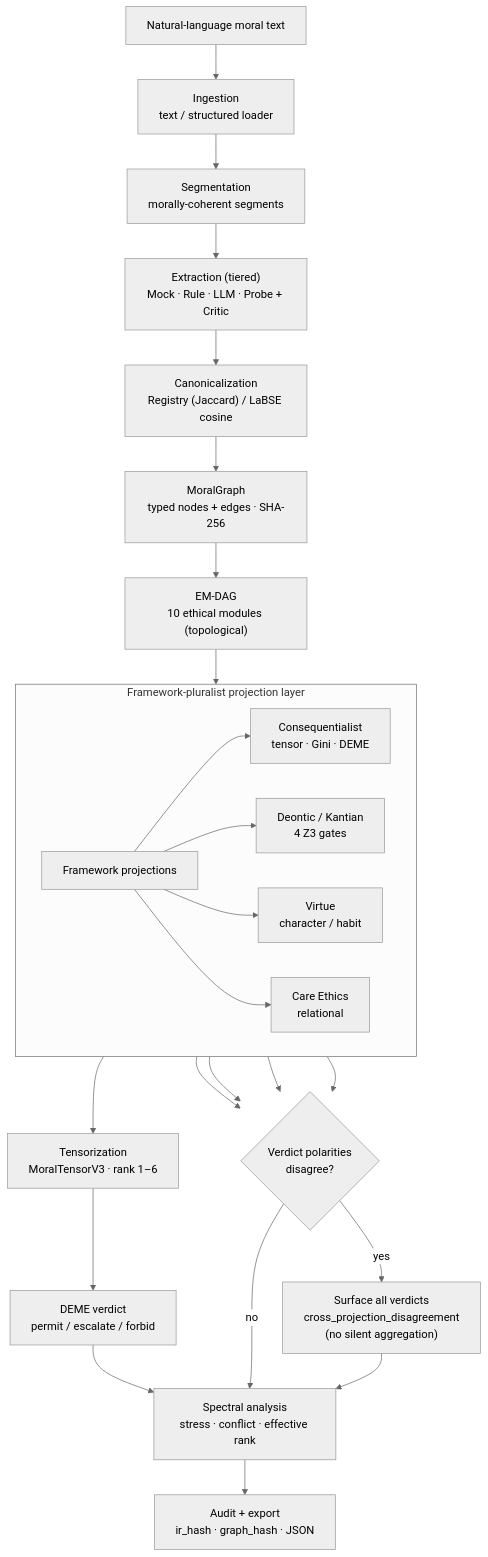
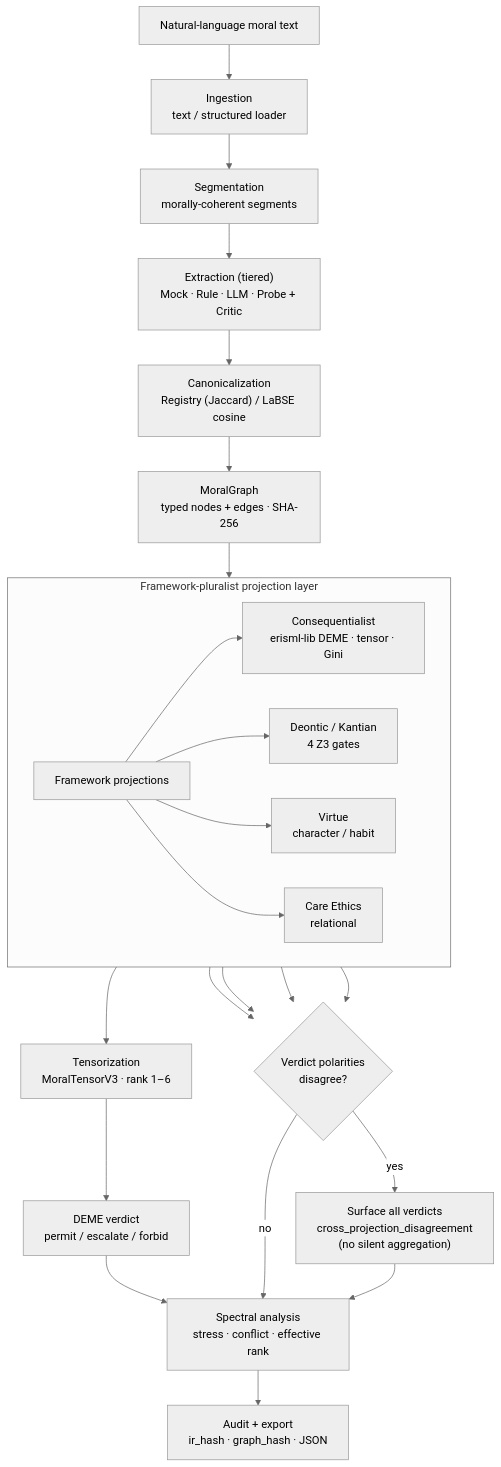
Before and after one commit to ahb-sjsu/erisml-compiler: the second of 3 diagrams in README.md, drawn with Mermaid (neutral theme). The commit also changed other lines of this file and 61 other files, not shown here.

First line of the commit message:
retire the EM-DAG: the compiler's evaluation is erisml-lib's DEME; the silicon evaluator target is retired

````diff
--- a/README.md
+++ b/README.md
@@ -157,28 +157,27 @@
 ```mermaid
 flowchart TD
     IN["Natural-language moral text"] --> ING["Ingestion<br/>text / structured loader"]
     ING --> SEG["Segmentation<br/>morally-coherent segments"]
     SEG --> EXT["Extraction (tiered)<br/>Mock · Rule · LLM · Probe + Critic"]
     EXT --> CAN["Canonicalization<br/>Registry (Jaccard) / LaBSE cosine"]
     CAN --> G["MoralGraph<br/>typed nodes + edges · SHA-256"]
-    G --> EM["EM-DAG<br/>10 ethical modules (topological)"]
-    EM --> PROJ["Framework projections"]
+    G --> PROJ["Framework projections"]
     subgraph PL["Framework-pluralist projection layer"]
       direction LR
-      PROJ --> CONS["Consequentialist<br/>tensor · Gini · DEME"]
+      PROJ --> CONS["Consequentialist<br/>erisml-lib DEME · tensor · Gini"]
       PROJ --> DEON["Deontic / Kantian<br/>4 Z3 gates"]
       PROJ --> VIRT["Virtue<br/>character / habit"]
       PROJ --> CARE["Care Ethics<br/>relational"]
     end
     CONS --> TEN["Tensorization<br/>MoralTensorV3 · rank 1–6"]
     TEN --> DV["DEME verdict<br/>permit / escalate / forbid"]
     CONS --> DIS{"Verdict polarities<br/>disagree?"}
     DEON --> DIS
     VIRT --> DIS
     CARE --> DIS
     DIS -- yes --> SURF["Surface all verdicts<br/>cross_projection_disagreement<br/>(no silent aggregation)"]
     DV --> SPEC["Spectral analysis<br/>stress · conflict · effective rank"]
     DIS -- no --> SPEC
     SURF --> SPEC
     SPEC --> AUD["Audit + export<br/>ir_hash · graph_hash · JSON"]
 ```
````
